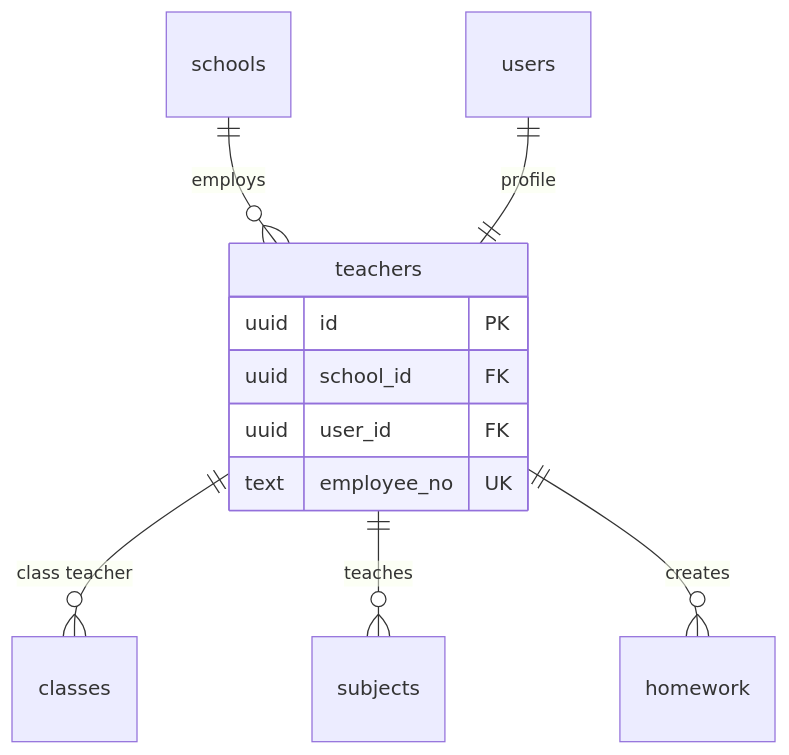
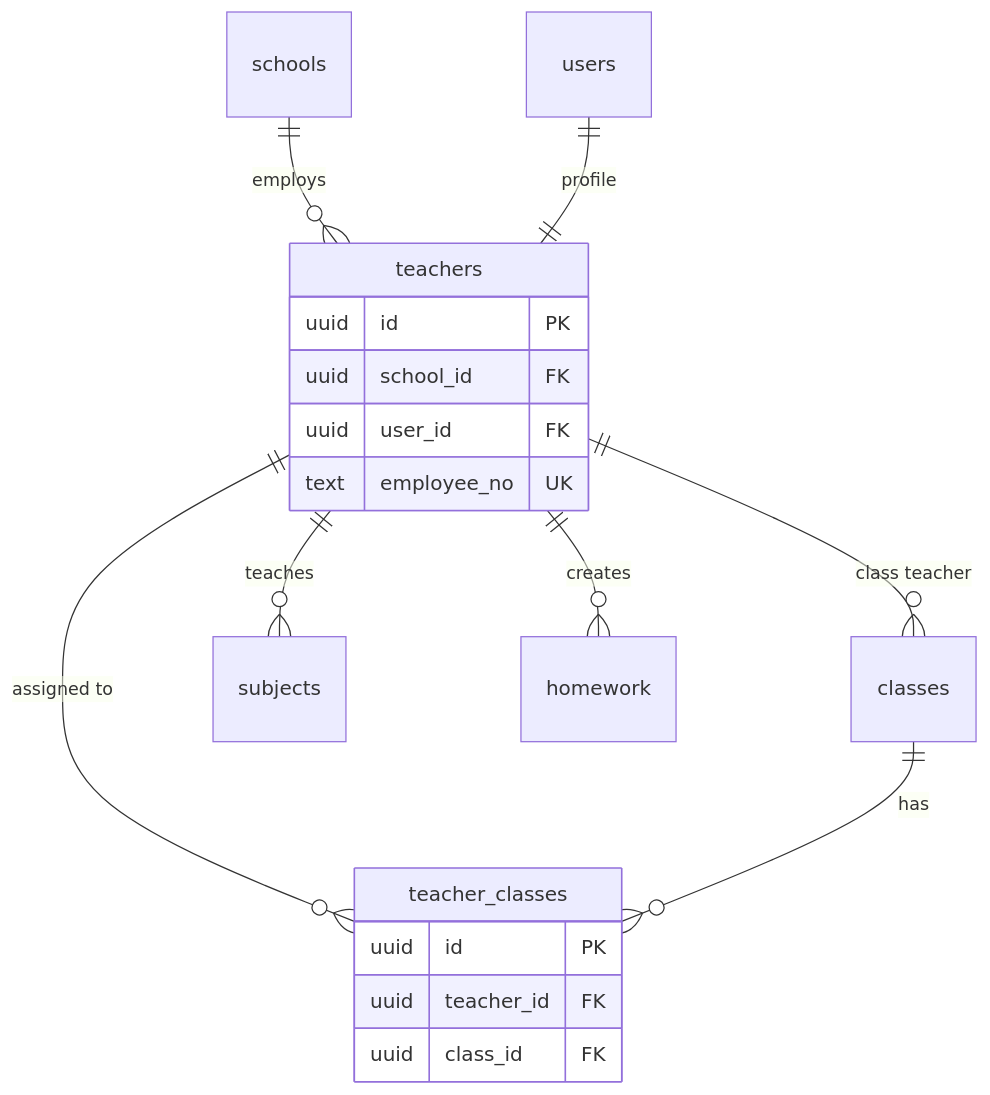
Before and after one commit to rahmat058/school-flow-ai: the sixth of 45 diagrams in docs/backend/Database.md, drawn with Mermaid. The commit also changed other lines of this file and 29 other files, not shown here.

````diff
--- a/docs/backend/Database.md
+++ b/docs/backend/Database.md
@@ -326,14 +328,22 @@
 ```mermaid
 erDiagram
   schools ||--o{ teachers : "employs"
   users ||--|| teachers : "profile"
   teachers ||--o{ classes : "class teacher"
   teachers ||--o{ subjects : "teaches"
   teachers ||--o{ homework : "creates"
+  teachers ||--o{ teacher_classes : "assigned to"
+  classes ||--o{ teacher_classes : "has"
+  teacher_classes {
+    uuid id PK
+    uuid teacher_id FK
+    uuid class_id FK
+  }
+
   teachers {
     uuid id PK
     uuid school_id FK
     uuid user_id FK
     text employee_no UK
   }
 ```
````
